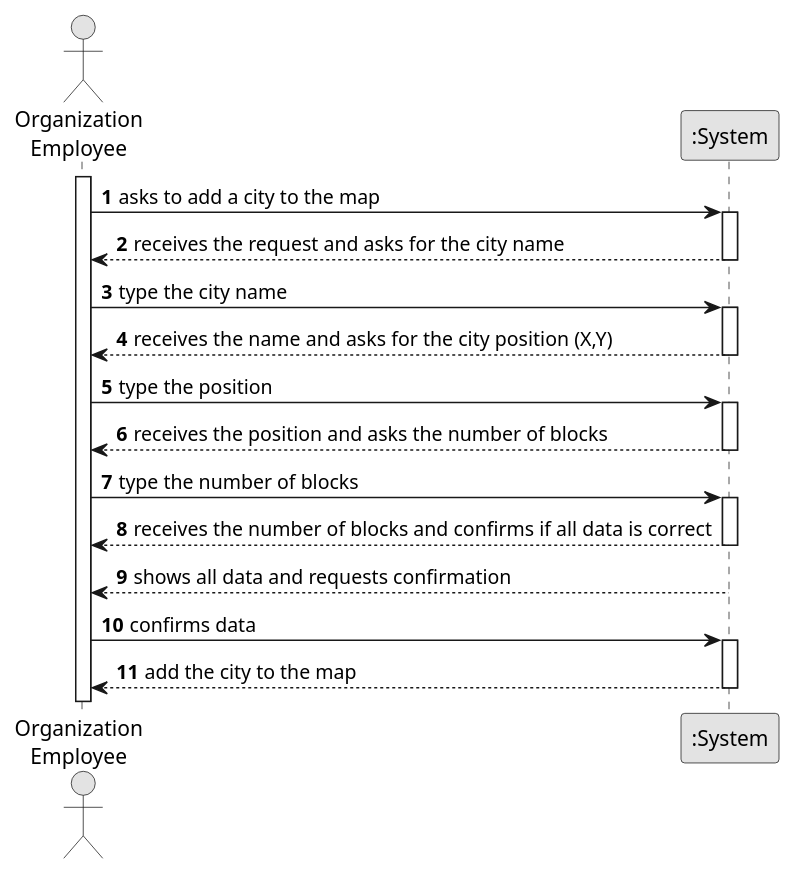
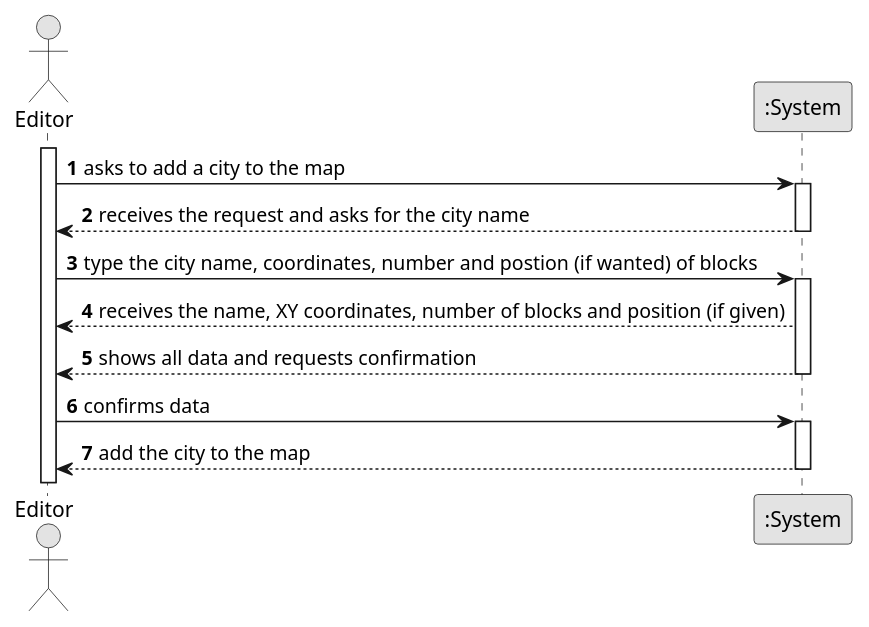
One commit to 1240935/pi2-railway-simulator changed the diagram in docsFinais/US003/01.requirements-engineering/puml/US003-SSD.puml. Above: the diagram before and after it, drawn with PlantUML. The commit also changed 5 other files, not shown here.

```diff
--- a/docsFinais/US003/01.requirements-engineering/puml/US003-SSD.puml
+++ b/docsFinais/US003/01.requirements-engineering/puml/US003-SSD.puml
@@ -1,45 +1,32 @@
 @startuml
 skinparam monochrome true
 skinparam packageStyle rectangle
 skinparam shadowing false
 
 autonumber
 
-actor "Organization\nEmployee" as Employee
+actor "Editor" as Employee
 participant ":System" as System
 
 activate Employee
 
     Employee -> System : asks to add a city to the map
     activate System
 
         System --> Employee : receives the request and asks for the city name
     deactivate
 
-     Employee -> System : type the city name
+     Employee -> System : type the city name, coordinates, number and postion (if wanted) of blocks
         activate System
 
-    System --> Employee : receives the name and asks for the city position (X,Y)
-        deactivate System
-
-     Employee -> System : type the position
-        activate System
-
-    System --> Employee : receives the position and asks the number of blocks
-        deactivate System
-
-    Employee -> System : type the number of blocks
-    activate System
-
-        System --> Employee : receives the number of blocks and confirms if all data is correct
-    deactivate System
+    System --> Employee : receives the name, XY coordinates, number of blocks and position (if given)
 
         System --> Employee : shows all data and requests confirmation
     deactivate System
 
     Employee -> System : confirms data
     activate System
 
         System --> Employee : add the city to the map
     deactivate System
 @enduml
```
